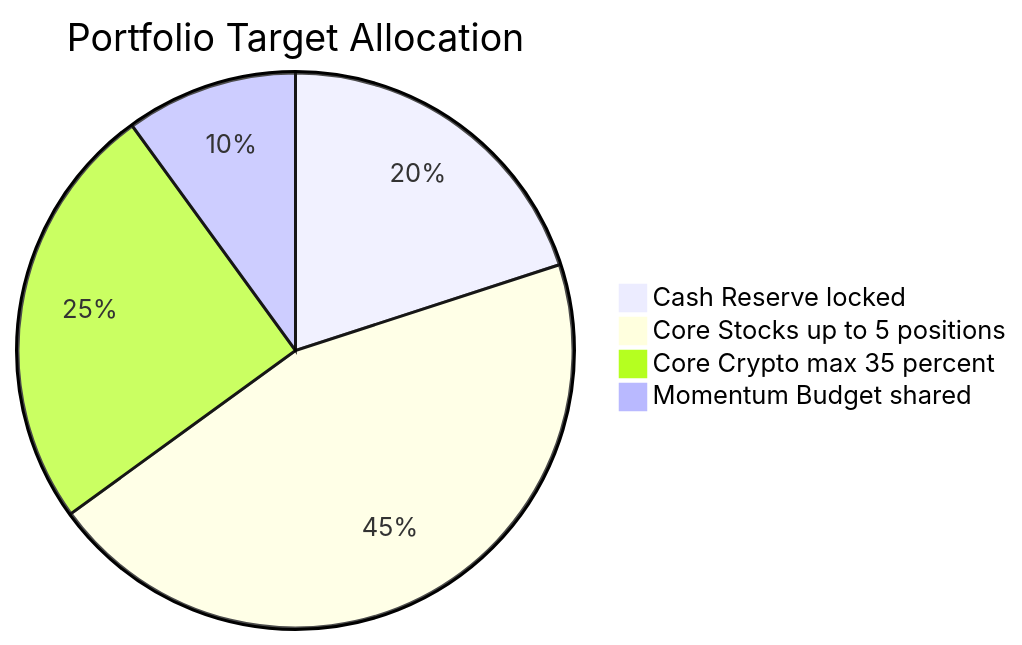
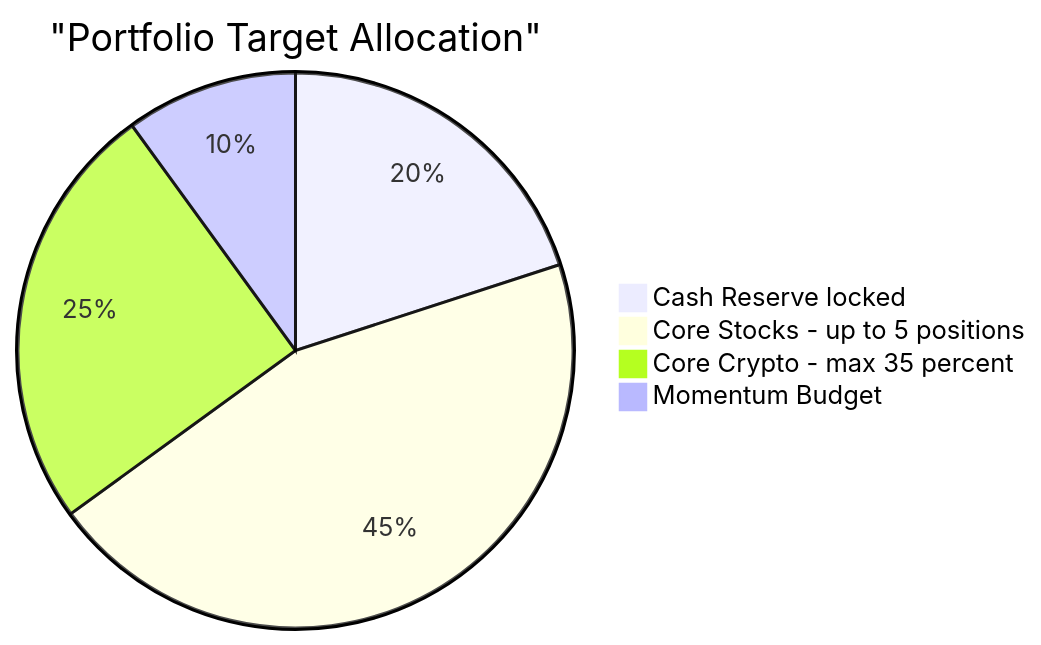
One commit to vanrajbohra-ds/trading-bot changed the third of 6 diagrams in README.md. Above: the diagram before and after it, drawn with Mermaid. The commit also changed other lines of this file, not shown here.

First line of the commit message:
Fix all Mermaid diagrams — remove chars that break GitHub renderer

````diff
--- a/README.md
+++ b/README.md
@@ -61,7 +61,7 @@
 ```mermaid
-pie title Portfolio Target Allocation
+pie title "Portfolio Target Allocation"
     "Cash Reserve locked" : 20
-    "Core Stocks up to 5 positions" : 45
-    "Core Crypto max 35 percent" : 25
-    "Momentum Budget shared" : 10
+    "Core Stocks - up to 5 positions" : 45
+    "Core Crypto - max 35 percent" : 25
+    "Momentum Budget" : 10
 ```
````
